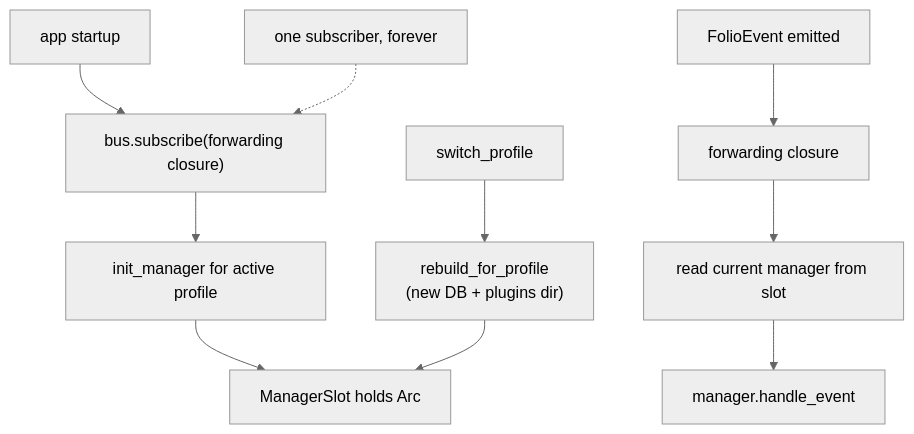
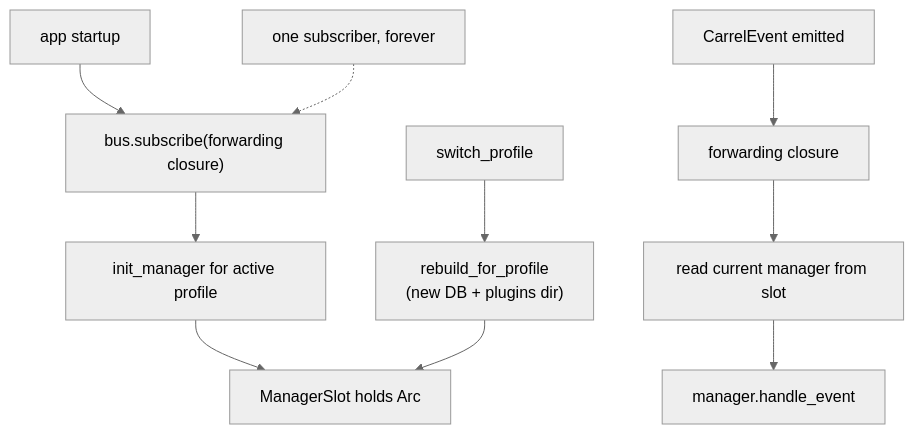
The eighth of 8 diagrams in docs/PLUGIN_ARCHITECTURE.md (mikedamoiseau/carrel), drawn with Mermaid (neutral theme) before and after one commit. The commit also changed other lines of this file and 152 other files, not shown here.

First line of the commit message:
refactor: finish the Folio -> Carrel rename

````diff
--- a/docs/PLUGIN_ARCHITECTURE.md
+++ b/docs/PLUGIN_ARCHITECTURE.md
@@ -402,14 +402,14 @@
 ```mermaid
 flowchart TD
     start["app startup"] --> sub["bus.subscribe(forwarding closure)"]
     sub --> init["init_manager for active profile"]
     init --> slot["ManagerSlot holds Arc<Manager>"]
     note1["one subscriber, forever"] -.-> sub
 
     switch["switch_profile"] --> rebuild["rebuild_for_profile<br/>(new DB + plugins dir)"]
     rebuild --> slot
 
-    event["FolioEvent emitted"] --> sub2["forwarding closure"]
+    event["CarrelEvent emitted"] --> sub2["forwarding closure"]
     sub2 --> read["read current manager from slot"]
     read --> dispatch["manager.handle_event"]
 ```
````
